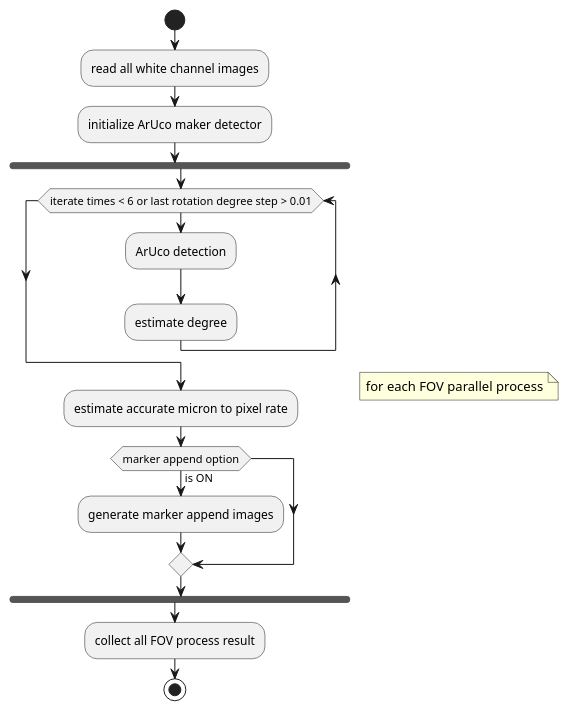
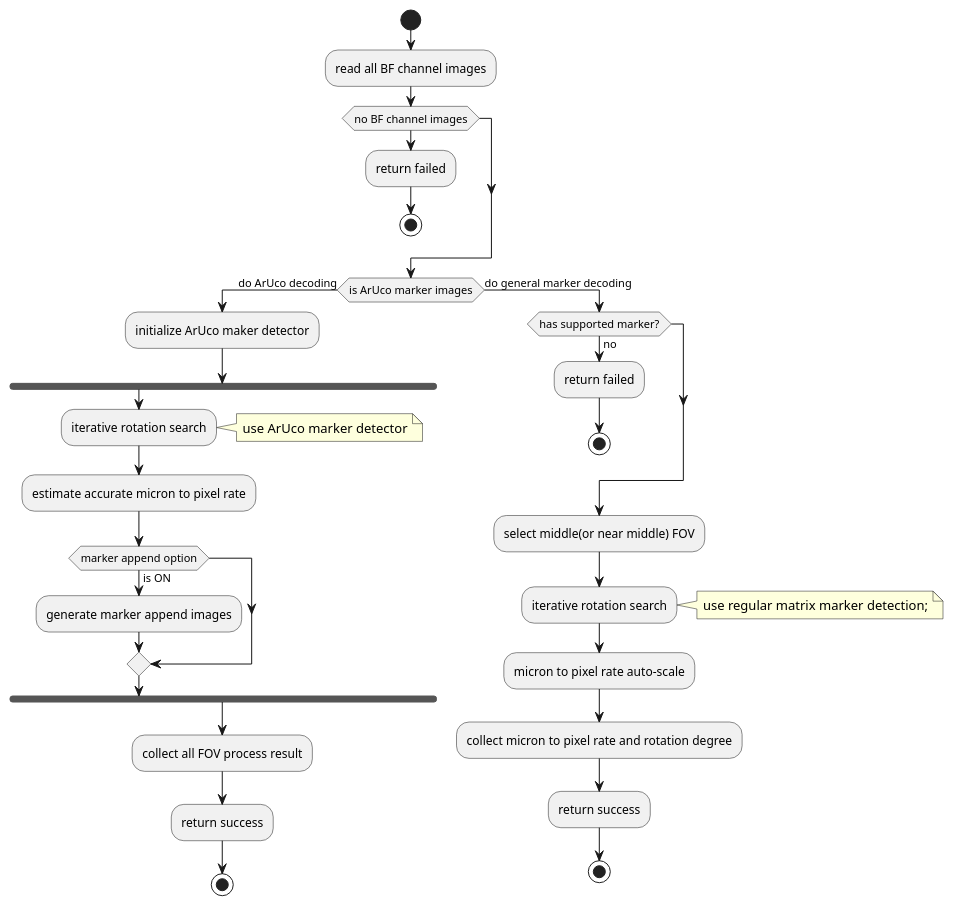
One commit to jeff665547/Project-Summit.Grid changed the second of 6 diagrams in doc/algorithm.md. Above: the diagram before and after it, drawn with PlantUML. The commit also changed other lines of this file and 1 other file, not shown here.

```diff
--- a/doc/algorithm.md
+++ b/doc/algorithm.md
@@ -69,22 +75,40 @@
-@startuml {white-channel-image-process.png}
+@startuml {bf-channel-image-process.png}
 
 start
-:read all white channel images;
-:initialize ArUco maker detector;
-fork
-    while(iterate times < 6 or last rotation degree step > 0.01)
-        :ArUco detection;
-        :estimate degree;
-    endwhile
-    :estimate accurate micron to pixel rate;
-    if (marker append option) then (is ON)
-        :generate marker append images;
+:read all BF channel images;
+if(no BF channel images) then
+    :return failed;
+    stop
+endif;
+if(is ArUco marker images) then(do ArUco decoding)
+    :initialize ArUco maker detector;
+    fork
+        :iterative rotation search;
+        note right
+            use ArUco marker detector
+        end note
+        :estimate accurate micron to pixel rate;
+        if (marker append option) then (is ON)
+            :generate marker append images;
+        endif;
+    end fork
+    :collect all FOV process result;
+    :return success;
+    stop
+else (do general marker decoding)
+    if(has supported marker?) then (no)
+        :return failed;
+        stop
     endif;
-end fork
-note right
-    for each FOV parallel process
-end note
-:collect all FOV process result;
-stop
+    :select middle(or near middle) FOV;
+    :iterative rotation search;
+    note right
+        use regular matrix marker detection;
+    end note
+    :micron to pixel rate auto-scale;
+    :collect micron to pixel rate and rotation degree;
+    :return success;
+    stop
+endif;
 
 @enduml
```
